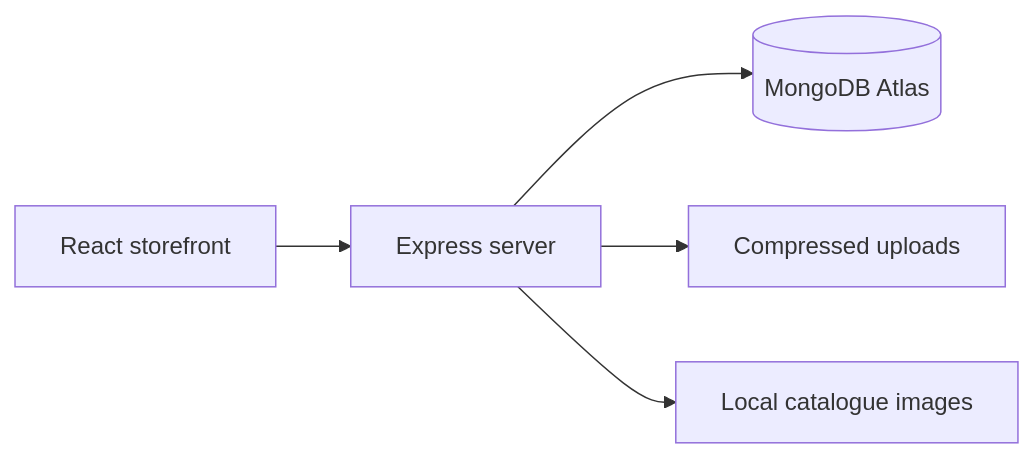
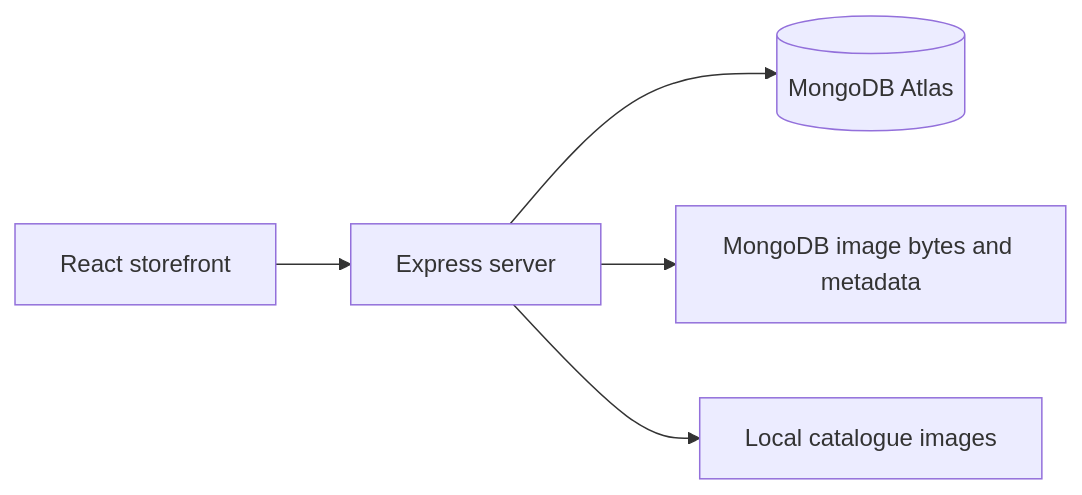
One commit to Satyamcoder-2006/mern-shopping_store-webtechlab changed the diagram in README.md. Above: the diagram before and after it, drawn with Mermaid. The commit also changed other lines of this file and 11020 other files, not shown here.

````diff
--- a/README.md
+++ b/README.md
@@ -67,7 +67,7 @@
 ```mermaid
 flowchart LR
     Browser[React storefront] --> Server[Express server]
     Server --> Database[(MongoDB Atlas)]
-    Server --> Uploads[Compressed uploads]
+    Server --> MongoMedia[MongoDB image bytes and metadata]
     Server --> Assets[Local catalogue images]
 ```
````
